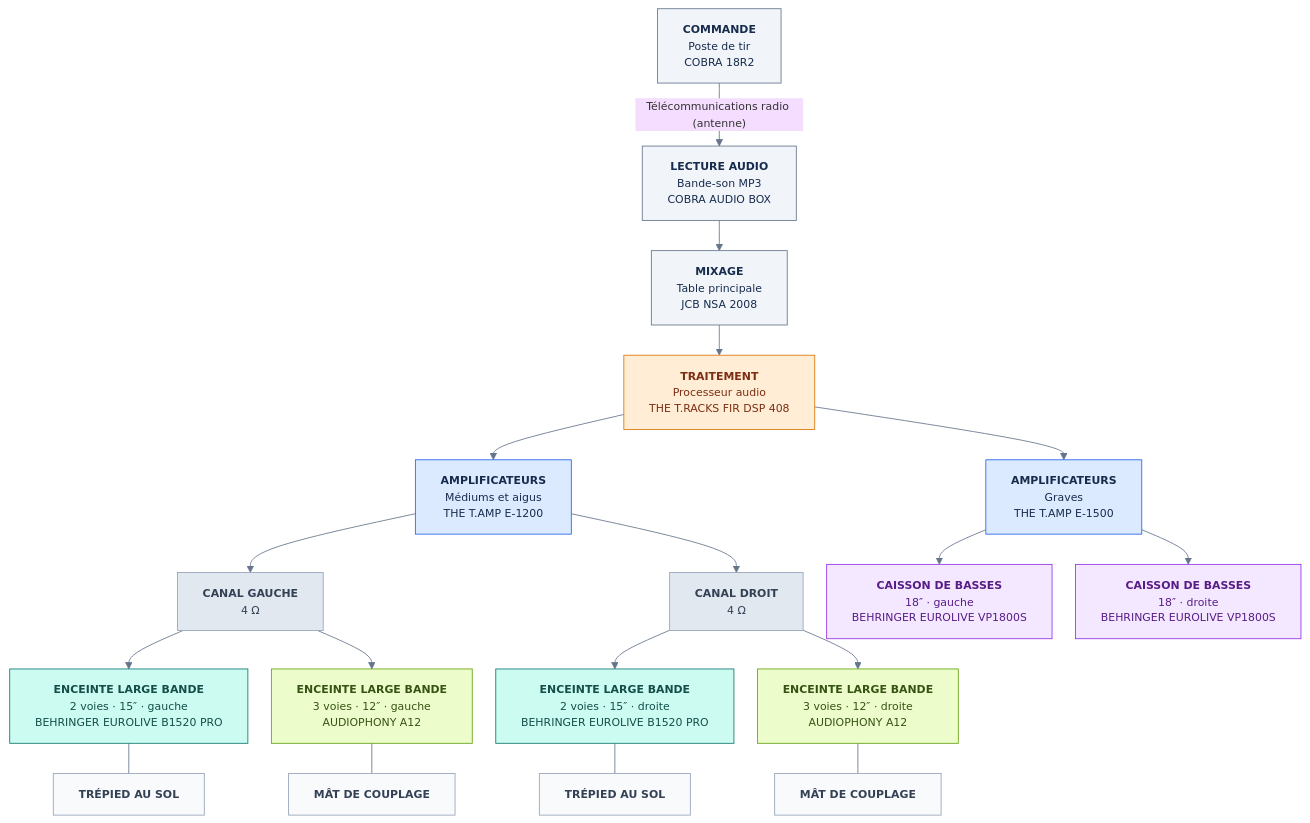
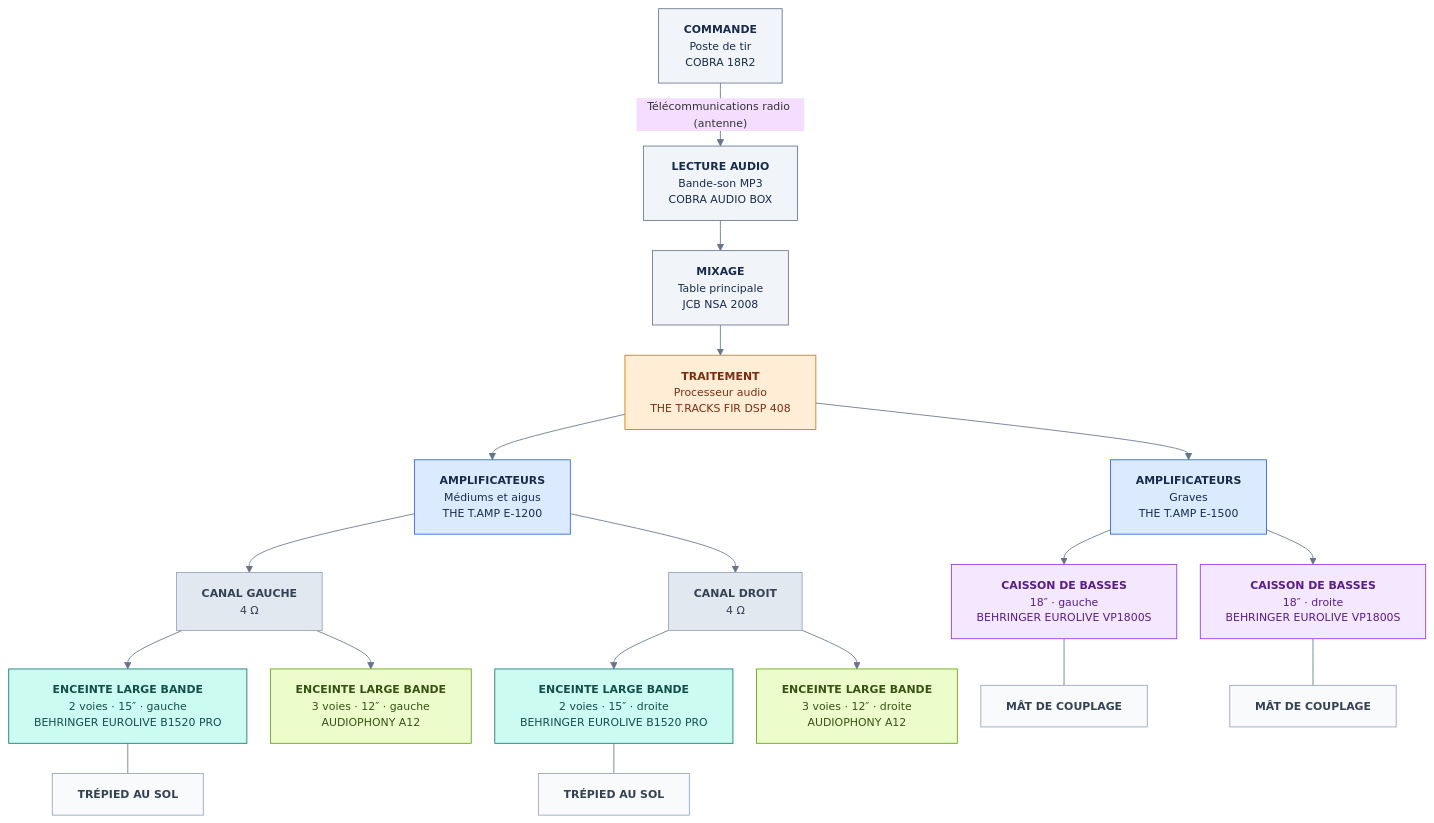
Before and after one commit to HAZIT-FR/PGE-SONO: the first of 3 diagrams in README.md, drawn with Mermaid.

Commit message:
docs: rattacher les mâts de couplage aux caissons VP1800S

```diff
--- a/README.md
+++ b/README.md
@@ -34,58 +34,58 @@
 ~~~mermaid
 %%{init: {"flowchart": {"nodeSpacing": 28, "rankSpacing": 36, "htmlLabels": true, "wrappingWidth": 320}, "theme": "base", "themeVariables": {"fontSize": "13px", "lineColor": "#64748b"}}}%%
 flowchart TB
   A["<b>COMMANDE</b><br/>Poste de tir<br/>COBRA 18R2"]
   B["<b>LECTURE AUDIO</b><br/>Bande-son MP3<br/>COBRA AUDIO BOX"]
   C["<b>MIXAGE</b><br/>Table principale<br/>JCB NSA 2008"]
   D["<b>TRAITEMENT</b><br/>Processeur audio<br/>THE T.RACKS FIR DSP 408"]
   E["<b>AMPLIFICATEURS</b><br/>Médiums et aigus<br/>THE T.AMP E-1200"]
   F["<b>AMPLIFICATEURS</b><br/>Graves<br/>THE T.AMP E-1500"]
   LG["<b>CANAL GAUCHE</b><br/>4 Ω"]
   LD["<b>CANAL DROIT</b><br/>4 Ω"]
   BG["<b>ENCEINTE LARGE BANDE</b><br/>2 voies · 15″ · gauche<br/>BEHRINGER EUROLIVE B1520 PRO"]
   BD["<b>ENCEINTE LARGE BANDE</b><br/>2 voies · 15″ · droite<br/>BEHRINGER EUROLIVE B1520 PRO"]
   AG["<b>ENCEINTE LARGE BANDE</b><br/>3 voies · 12″ · gauche<br/>AUDIOPHONY A12"]
   AD["<b>ENCEINTE LARGE BANDE</b><br/>3 voies · 12″ · droite<br/>AUDIOPHONY A12"]
   SG["<b>CAISSON DE BASSES</b><br/>18″ · gauche<br/>BEHRINGER EUROLIVE VP1800S"]
   SD["<b>CAISSON DE BASSES</b><br/>18″ · droite<br/>BEHRINGER EUROLIVE VP1800S"]
 
   TG["<b>TRÉPIED AU SOL</b>"]
   TD["<b>TRÉPIED AU SOL</b>"]
   MG["<b>MÂT DE COUPLAGE</b>"]
   MD["<b>MÂT DE COUPLAGE</b>"]
 
   A -- "Télécommunications radio (antenne)" --> B
   B --> C --> D
   D --> E
   D --> F
   E --> LG
   E --> LD
   LG --> BG
   LG --> AG
   LD --> BD
   LD --> AD
   F --> SG
   F --> SD
 
   BG --- TG
   BD --- TD
-  AG --- MG
-  AD --- MD
+  SG --- MG
+  SD --- MD
 
   classDef commande fill:#f1f5f9,stroke:#64748b,color:#172b4d;
   classDef processeur fill:#ffedd5,stroke:#d97706,color:#7c2d12;
   classDef amplis fill:#dbeafe,stroke:#2563eb,color:#172b4d;
   classDef canaux fill:#e2e8f0,stroke:#94a3b8,color:#334155;
   classDef principales fill:#ccfbf1,stroke:#0f766e,color:#134e4a;
   classDef appoint fill:#ecfccb,stroke:#65a30d,color:#365314;
   classDef basses fill:#f3e8ff,stroke:#9333ea,color:#581c87;
   classDef support fill:#f8fafc,stroke:#94a3b8,color:#334155;
   class A,B,C commande;
   class D processeur;
   class E,F amplis;
   class LG,LD canaux;
   class BG,BD principales;
   class AG,AD appoint;
   class SG,SD basses;
   class TG,TD,MG,MD support;
 ~~~
```
